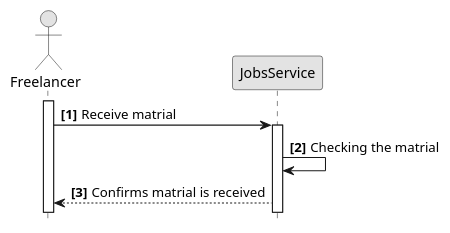
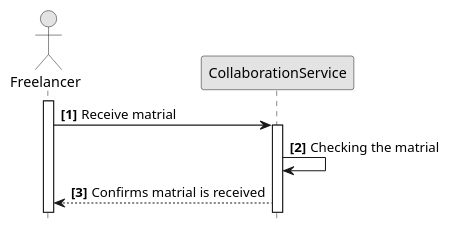
The diagram in src/software-architecture/sequence/freelancer-flow/receive-matrial.pu (converge-app/diagrams), drawn with PlantUML before and after one commit. The commit also changed 7 other files, not shown here.

```diff
--- a/src/software-architecture/sequence/freelancer-flow/receive-matrial.pu
+++ b/src/software-architecture/sequence/freelancer-flow/receive-matrial.pu
@@ -1,16 +1,16 @@
 @startuml
 hide footbox
 autonumber "<b>[0]"
 skinparam monochrome true
 
 actor Freelancer
-participant JobsService
+participant CollaborationService
 
 activate Freelancer
-Freelancer -> JobsService: Receive matrial
+Freelancer -> CollaborationService: Receive matrial
 
-activate JobsService
-JobsService -> JobsService: Checking the matrial
-JobsService --> Freelancer: Confirms matrial is received
+activate CollaborationService
+CollaborationService -> CollaborationService: Checking the matrial
+CollaborationService --> Freelancer: Confirms matrial is received
 
 @enduml
```
